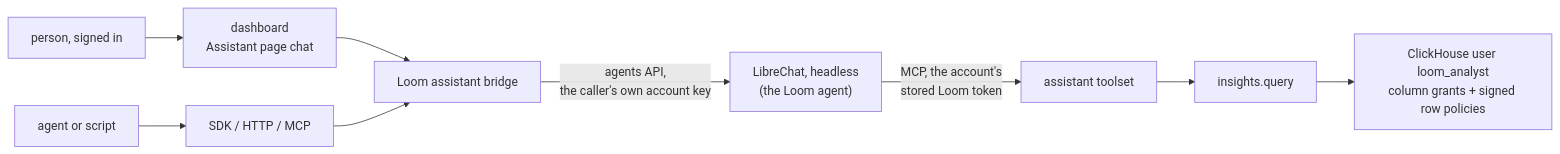
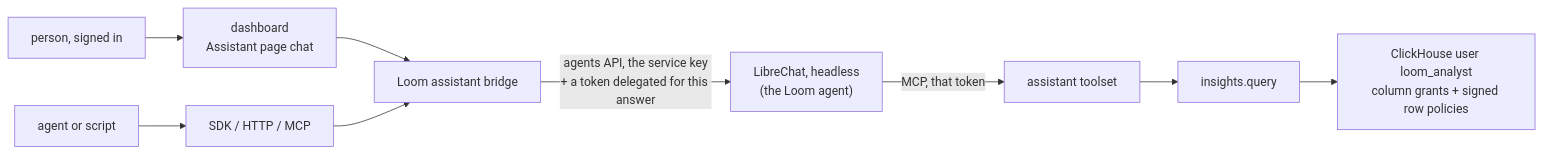
One commit to ClickHouse/loom changed the diagram in docs/architecture/assistant.md. Above: the diagram before and after it, drawn with Mermaid. The commit also changed other lines of this file, not shown here.

Commit message:
Carry each answer's delegated token through LibreChat instead of per-caller accounts

````diff
--- a/docs/architecture/assistant.md
+++ b/docs/architecture/assistant.md
@@ -18,11 +18,11 @@
 ```mermaid
 flowchart LR
     P["person, signed in"] --> D["dashboard<br/>Assistant page chat"]
     A["agent or script"] --> S["SDK / HTTP / MCP"]
     D --> B["Loom assistant bridge"]
     S --> B
-    B -->|"agents API,<br/>the caller's own account key"| LC["LibreChat, headless<br/>(the Loom agent)"]
-    LC -->|"MCP, the account's<br/>stored Loom token"| T["assistant toolset"]
+    B -->|"agents API, the service key<br/>+ a token delegated for this answer"| LC["LibreChat, headless<br/>(the Loom agent)"]
+    LC -->|"MCP, that token"| T["assistant toolset"]
     T --> Q["insights.query"]
     Q --> U["ClickHouse user loom_analyst<br/>column grants + signed row policies"]
 ```
````
